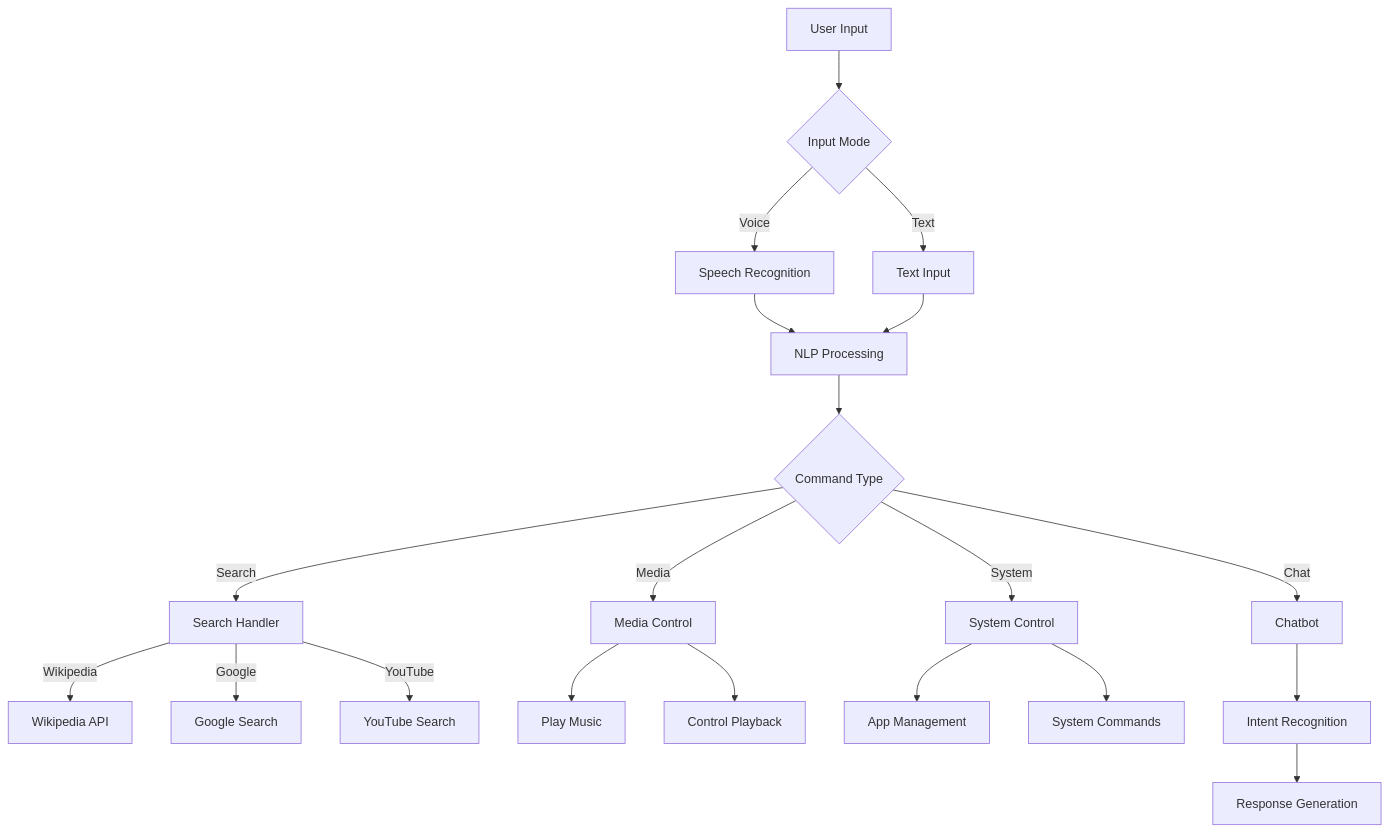
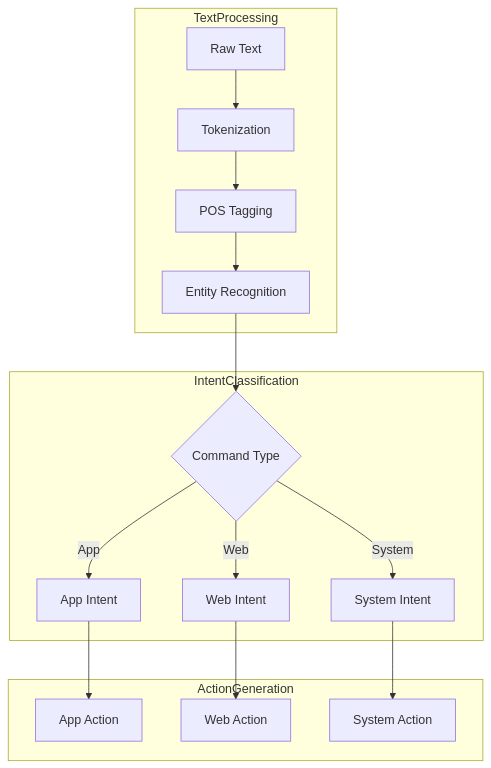
One commit to WildeSoul/sage-asistant changed the third of 7 diagrams in asistant/README.md. Above: the diagram before and after it, drawn with Mermaid. The commit also changed other lines of this file, not shown here.

````diff
--- a/asistant/README.md
+++ b/asistant/README.md
@@ -5,28 +117,21 @@
 ```mermaid
 graph TD
-    A[User Input] --> B{Input Mode}
-    B -->|Voice| C[Speech Recognition]
-    B -->|Text| D[Text Input]
+    subgraph TextProcessing
+        A[Raw Text] --> B[Tokenization]
+        B --> C[POS Tagging]
+        C --> D[Entity Recognition]
+    end
     
-    C --> E[NLP Processing]
-    D --> E
+    subgraph IntentClassification
+        D --> E{Command Type}
+        E -->|App| F[App Intent]
+        E -->|Web| G[Web Intent]
+        E -->|System| H[System Intent]
+    end
     
-    E --> F{Command Type}
-    
-    F -->|Search| G[Search Handler]
-    G -->|Wikipedia| H[Wikipedia API]
-    G -->|Google| I[Google Search]
-    G -->|YouTube| J[YouTube Search]
-    
-    F -->|Media| K[Media Control]
-    K --> L[Play Music]
-    K --> M[Control Playback]
-    
-    F -->|System| N[System Control]
-    N --> O[App Management]
-    N --> P[System Commands]
-    
-    F -->|Chat| Q[Chatbot]
-    Q --> R[Intent Recognition]
-    R --> S[Response Generation]
+    subgraph ActionGeneration
+        F --> I[App Action]
+        G --> J[Web Action]
+        H --> K[System Action]
+    end
 ```
````
